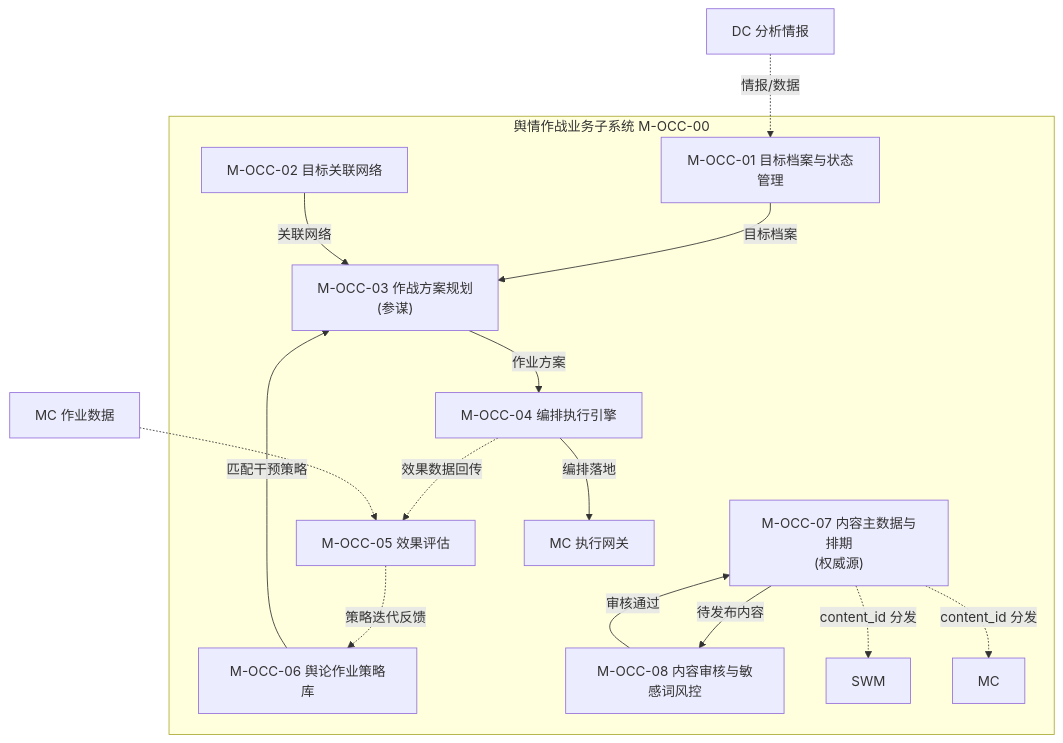
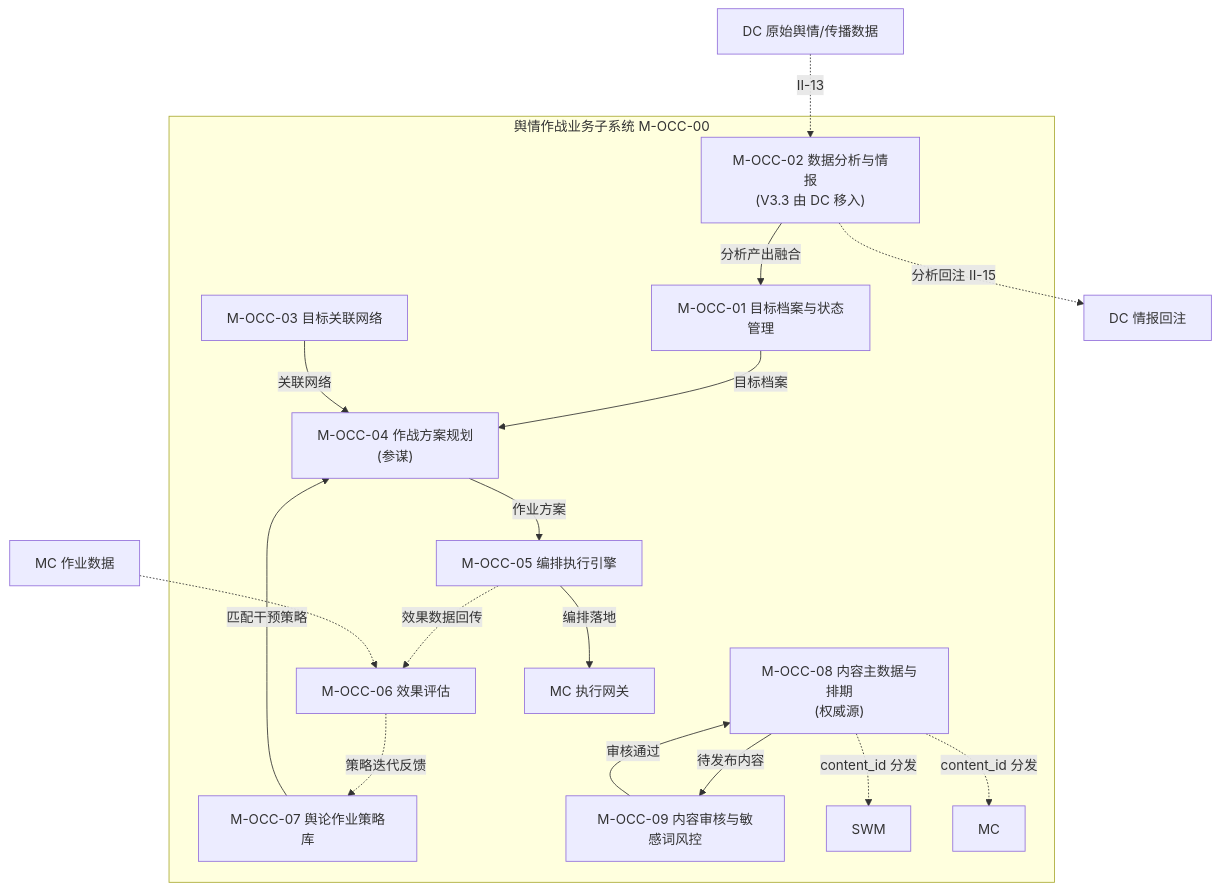
One commit to Sj-g/obsidian changed diagram 25 of 45 in 公司项目/认知作战/文档/软件概要设计-架构图.md. Above: the diagram before and after it, drawn with Mermaid. The commit also changed other lines of this file and 4 other files, not shown here.

````diff
--- a/公司项目/认知作战/文档/软件概要设计-架构图.md
+++ b/公司项目/认知作战/文档/软件概要设计-架构图.md
@@ -640,28 +529,31 @@
 ```mermaid
 flowchart TB
     subgraph OCC["舆情作战业务子系统 M-OCC-00"]
         OCC1["M-OCC-01 目标档案与状态管理"]
-        OCC2["M-OCC-02 目标关联网络"]
-        OCC3["M-OCC-03 作战方案规划<br/>(参谋)"]
-        OCC4["M-OCC-04 编排执行引擎"]
-        OCC5["M-OCC-05 效果评估"]
-        OCC6["M-OCC-06 舆论作业策略库"]
-        OCC7["M-OCC-07 内容主数据与排期<br/>(权威源)"]
-        OCC8["M-OCC-08 内容审核与敏感词风控"]
+        OCC2["M-OCC-02 数据分析与情报<br/>(V3.3 由 DC 移入)"]
+        OCC3["M-OCC-03 目标关联网络"]
+        OCC4["M-OCC-04 作战方案规划<br/>(参谋)"]
+        OCC5["M-OCC-05 编排执行引擎"]
+        OCC6["M-OCC-06 效果评估"]
+        OCC7["M-OCC-07 舆论作业策略库"]
+        OCC8["M-OCC-08 内容主数据与排期<br/>(权威源)"]
+        OCC9["M-OCC-09 内容审核与敏感词风控"]
 
-        OCC1 -->|"目标档案"| OCC3
-        OCC2 -->|"关联网络"| OCC3
-        OCC6 -->|"匹配干预策略"| OCC3
-        OCC3 -->|"作业方案"| OCC4
-        OCC4 -->|"编排落地"| MC["MC 执行网关"]
-        OCC4 -.->|"效果数据回传"| OCC5
-        OCC5 -.->|"策略迭代反馈"| OCC6
+        OCC2 -->|"分析产出融合"| OCC1
+        OCC1 -->|"目标档案"| OCC4
+        OCC3 -->|"关联网络"| OCC4
+        OCC7 -->|"匹配干预策略"| OCC4
+        OCC4 -->|"作业方案"| OCC5
+        OCC5 -->|"编排落地"| MC["MC 执行网关"]
+        OCC5 -.->|"效果数据回传"| OCC6
+        OCC6 -.->|"策略迭代反馈"| OCC7
 
-        OCC7 -->|"待发布内容"| OCC8
-        OCC8 -->|"审核通过"| OCC7
-        OCC7 -.->|"content_id 分发"| SWM["SWM"] & MC2["MC"]
+        OCC8 -->|"待发布内容"| OCC9
+        OCC9 -->|"审核通过"| OCC8
+        OCC8 -.->|"content_id 分发"| SWM["SWM"] & MC2["MC"]
     end
 
-    DC["DC 分析情报"] -.->|"情报/数据"| OCC1
-    MC3["MC 作业数据"] -.-> OCC5
+    DC["DC 原始舆情/传播数据"] -.->|"II-13"| OCC2
+    OCC2 -.->|"分析回注 II-15"| DC2["DC 情报回注"]
+    MC3["MC 作业数据"] -.-> OCC6
 ```
````
